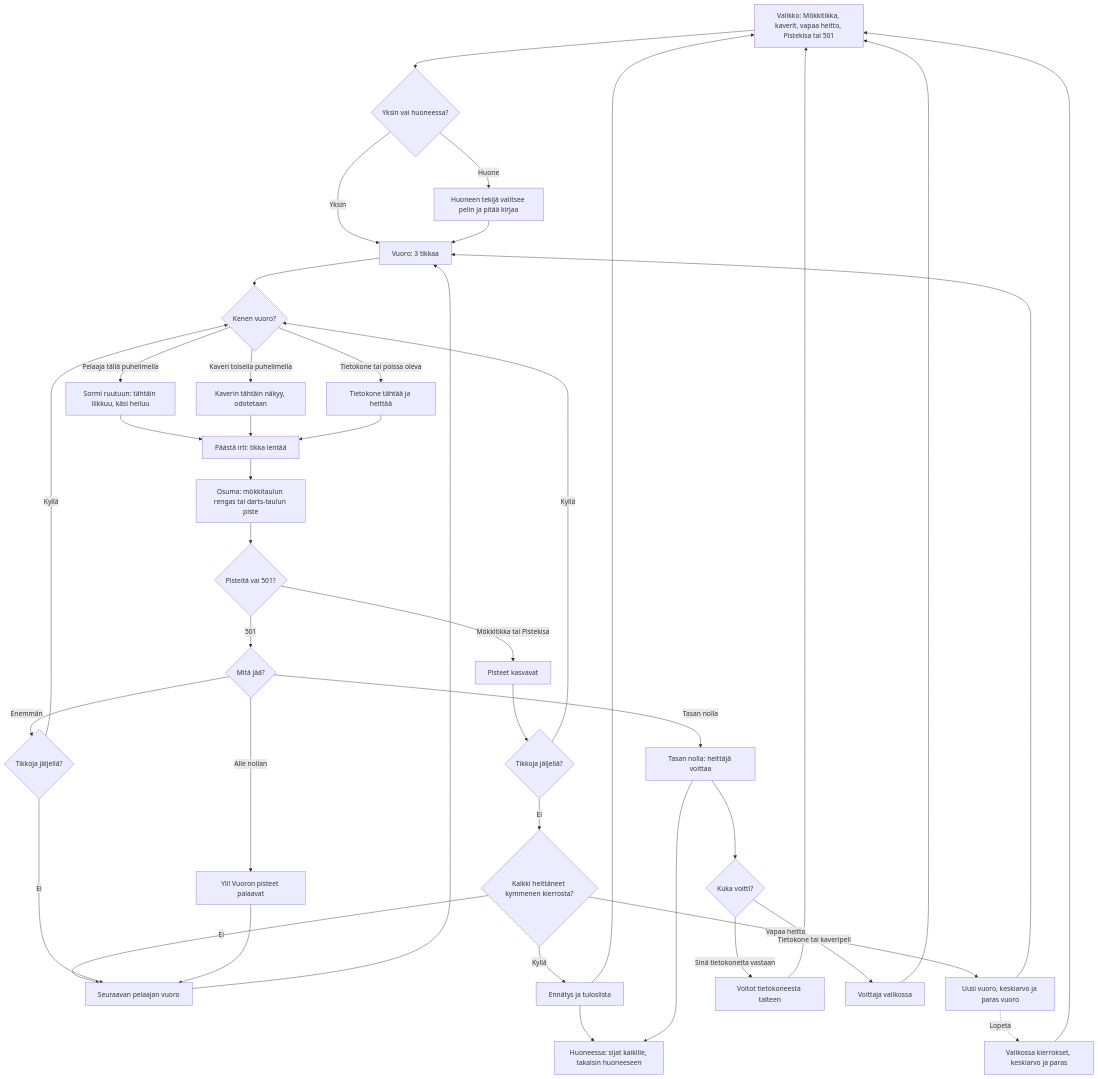
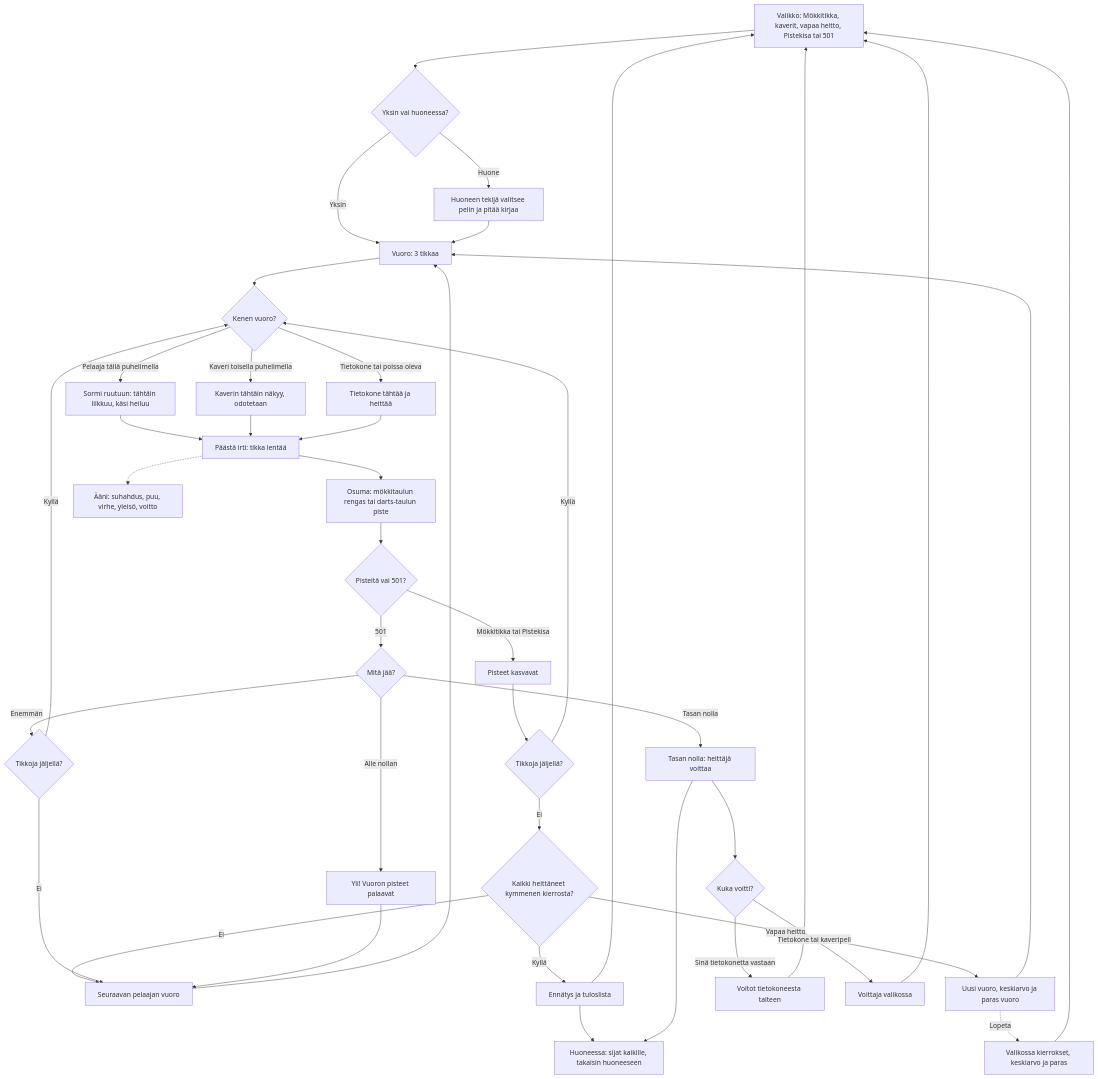
One commit to eerovil/ai-pelit changed the diagram in docs/diagrams/tikanheitto.md. Above: the diagram before and after it, drawn with Mermaid. The commit also changed other lines of this file and 3 other files, not shown here.

````diff
--- a/docs/diagrams/tikanheitto.md
+++ b/docs/diagrams/tikanheitto.md
@@ -10,48 +11,50 @@
 ```mermaid
 flowchart TD
   A[Valikko: Mökkitikka, kaverit, vapaa heitto, Pistekisa tai 501] --> R{Yksin vai huoneessa?}
   R -- Yksin --> B[Vuoro: 3 tikkaa]
   R -- Huone --> RH[Huoneen tekijä valitsee pelin ja pitää kirjaa]
   RH --> B
   B --> C{Kenen vuoro?}
   C -- Pelaaja tällä puhelimella --> D[Sormi ruutuun: tähtäin liikkuu, käsi heiluu]
   C -- Kaveri toisella puhelimella --> S[Kaverin tähtäin näkyy, odotetaan]
   C -- Tietokone tai poissa oleva --> E[Tietokone tähtää ja heittää]
   D --> F[Päästä irti: tikka lentää]
   S --> F
   E --> F
   F --> G[Osuma: mökkitaulun rengas tai darts-taulun piste]
+  F -.-> AU[Ääni: suhahdus, puu, virhe, yleisö, voitto]
   G --> H{Pisteitä vai 501?}
   H -- Mökkitikka tai Pistekisa --> I[Pisteet kasvavat]
   I --> M{Tikkoja jäljellä?}
   M -- Kyllä --> C
   M -- Ei --> N{Kaikki heittäneet kymmenen kierrosta?}
   N -- Ei --> V[Seuraavan pelaajan vuoro]
   N -- Kyllä --> O[Ennätys ja tuloslista]
   N -- Vapaa heitto --> FV[Uusi vuoro, keskiarvo ja paras vuoro]
   FV --> B
   FV -. Lopeta .-> FL[Valikossa kierrokset, keskiarvo ja paras]
   FL --> A
   H -- 501 --> J{Mitä jää?}
   J -- Alle nollan --> K[Yli! Vuoron pisteet palaavat]
   J -- Enemmän --> Q{Tikkoja jäljellä?}
   Q -- Kyllä --> C
   Q -- Ei --> V
   K --> V
   V --> B
   J -- Tasan nolla --> L[Tasan nolla: heittäjä voittaa]
   L --> W{Kuka voitti?}
   W -- Sinä tietokonetta vastaan --> P[Voitot tietokoneesta talteen]
   W -- Tietokone tai kaveripeli --> X[Voittaja valikossa]
   O --> A
   P --> A
   X --> A
   O --> T[Huoneessa: sijat kaikille, takaisin huoneeseen]
   L --> T
   class A,B,D,F,V blue
   class E,S violet
   class R,C,H,J,M,N,Q,W amber
   class G,I,RH,FV teal
   class K rose
   class L,O,P,X,T,FL green
+  class AU teal
 ```
````
